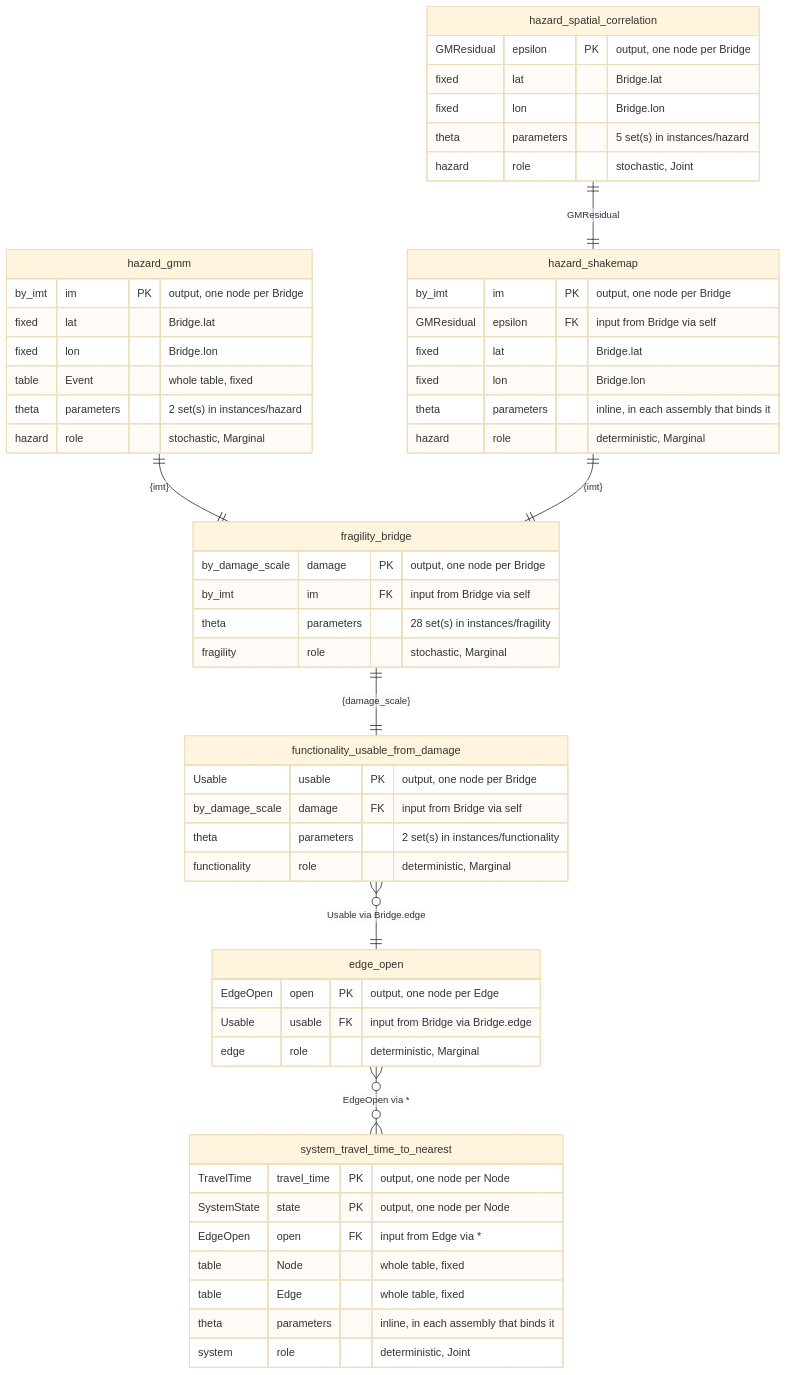
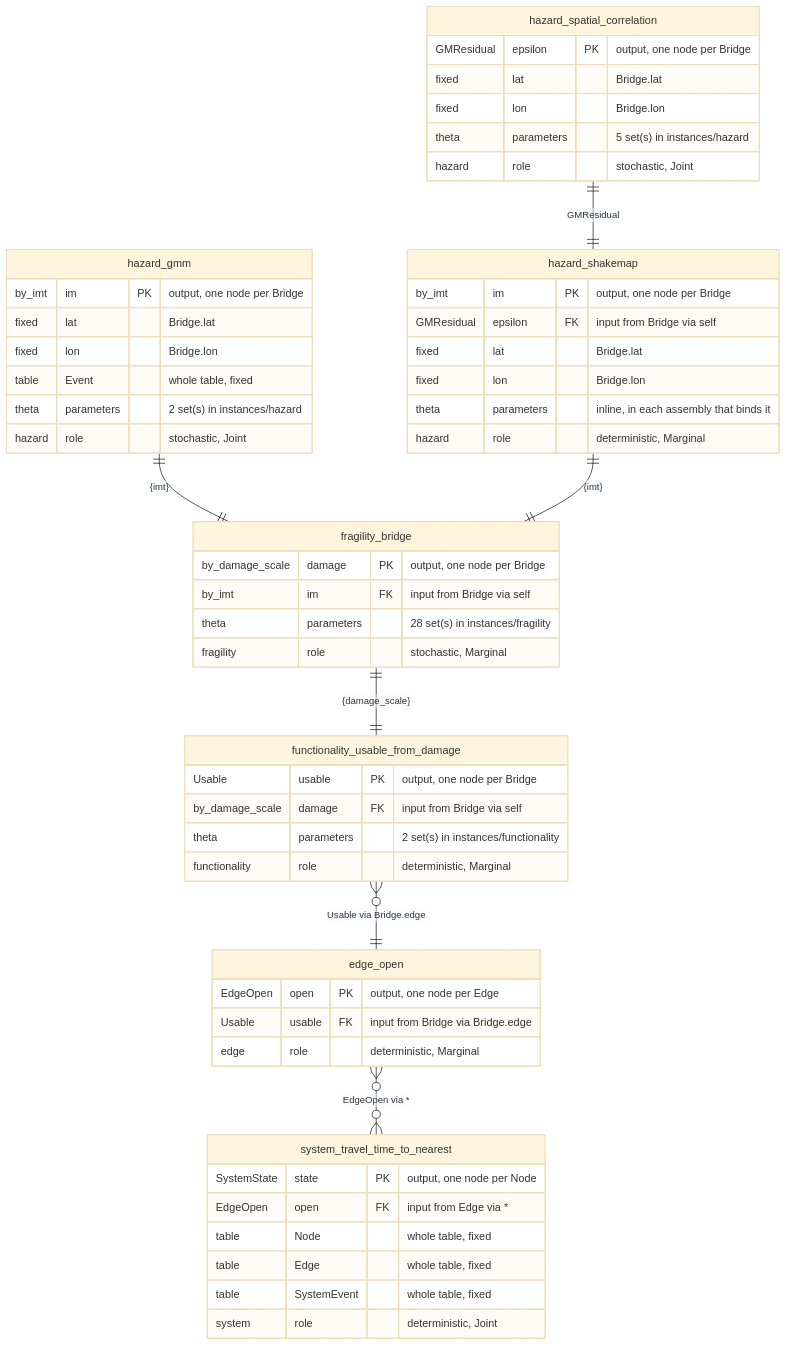
Before and after one commit to dynaryu/bn-transport-eq: the first of 2 diagrams in schema/diagram.md, drawn with Mermaid (base theme). The commit also changed other lines of this file and 122 other files, not shown here.

````diff
--- a/schema/diagram.md
+++ b/schema/diagram.md
@@ -13,58 +13,57 @@
 ```mermaid
 erDiagram
     hazard_gmm {
         by_imt im PK "output, one node per Bridge"
         fixed lat "Bridge.lat"
         fixed lon "Bridge.lon"
         table Event "whole table, fixed"
         theta parameters "2 set(s) in instances/hazard"
-        hazard role "stochastic, Marginal"
+        hazard role "stochastic, Joint"
     }
     hazard_shakemap {
         by_imt im PK "output, one node per Bridge"
         GMResidual epsilon FK "input from Bridge via self"
         fixed lat "Bridge.lat"
         fixed lon "Bridge.lon"
         theta parameters "inline, in each assembly that binds it"
         hazard role "deterministic, Marginal"
     }
     hazard_spatial_correlation {
         GMResidual epsilon PK "output, one node per Bridge"
         fixed lat "Bridge.lat"
         fixed lon "Bridge.lon"
         theta parameters "5 set(s) in instances/hazard"
         hazard role "stochastic, Joint"
     }
     fragility_bridge {
         by_damage_scale damage PK "output, one node per Bridge"
         by_imt im FK "input from Bridge via self"
         theta parameters "28 set(s) in instances/fragility"
         fragility role "stochastic, Marginal"
     }
     functionality_usable_from_damage {
         Usable usable PK "output, one node per Bridge"
         by_damage_scale damage FK "input from Bridge via self"
         theta parameters "2 set(s) in instances/functionality"
         functionality role "deterministic, Marginal"
     }
     edge_open {
         EdgeOpen open PK "output, one node per Edge"
         Usable usable FK "input from Bridge via Bridge.edge"
         edge role "deterministic, Marginal"
     }
     system_travel_time_to_nearest {
-        TravelTime travel_time PK "output, one node per Node"
         SystemState state PK "output, one node per Node"
         EdgeOpen open FK "input from Edge via *"
         table Node "whole table, fixed"
         table Edge "whole table, fixed"
-        theta parameters "inline, in each assembly that binds it"
+        table SystemEvent "whole table, fixed"
         system role "deterministic, Joint"
     }
     hazard_spatial_correlation ||--|| hazard_shakemap : "GMResidual"
     hazard_gmm ||--|| fragility_bridge : "{imt}"
     hazard_shakemap ||--|| fragility_bridge : "{imt}"
     fragility_bridge ||--|| functionality_usable_from_damage : "{damage_scale}"
     functionality_usable_from_damage }o--|| edge_open : "Usable via Bridge.edge"
     edge_open }o--o{ system_travel_time_to_nearest : "EdgeOpen via *"
 ```
````
